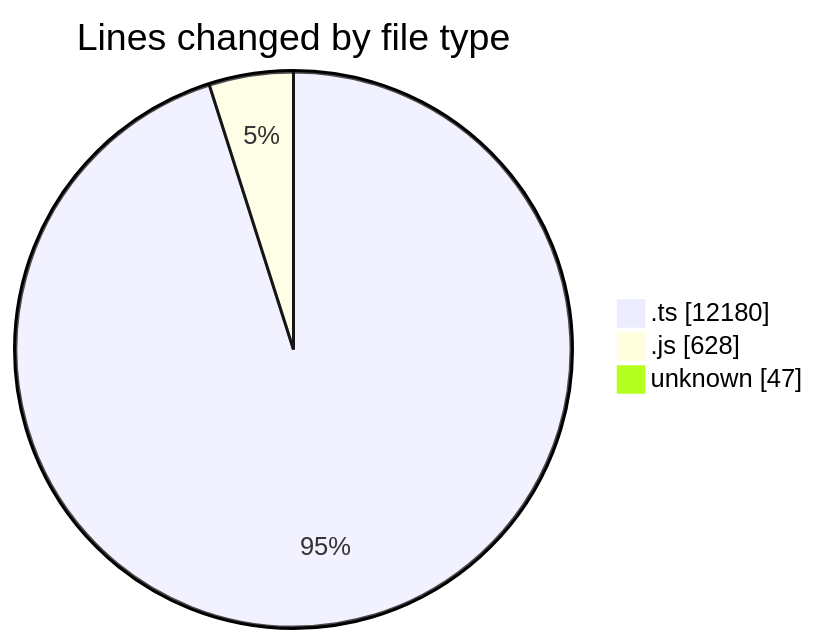
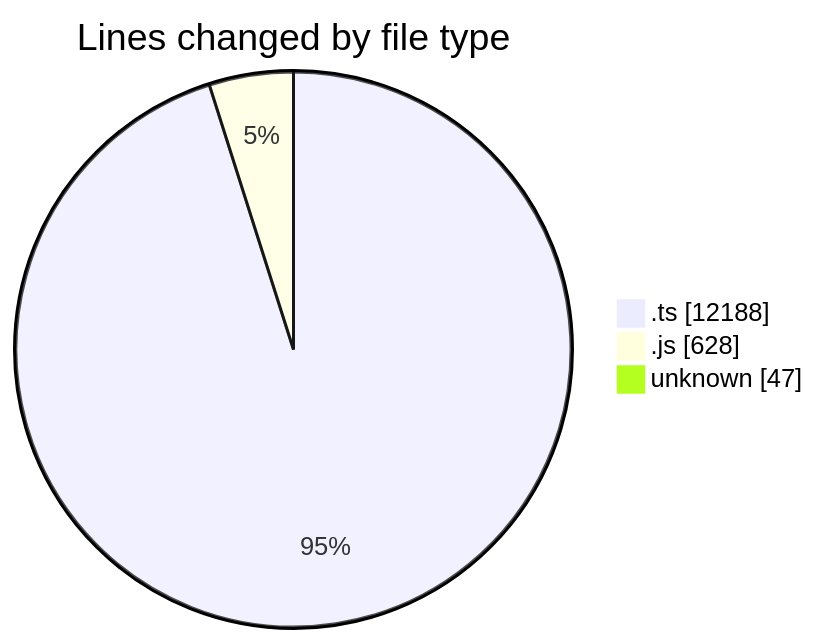
The first of 2 diagrams in 2025-09-05/cda/README.md (momahboobian/code-tracking), drawn with Mermaid before and after one commit. The commit also changed other lines of this file and 1 other file, not shown here.

````diff
--- a/2025-09-05/cda/README.md
+++ b/2025-09-05/cda/README.md
@@ -25,7 +25,7 @@
 ```mermaid
 pie showData
 title Lines changed by file type
-".ts" : 12180
+".ts" : 12188
 ".js" : 628
 "unknown" : 47
 ```
````
